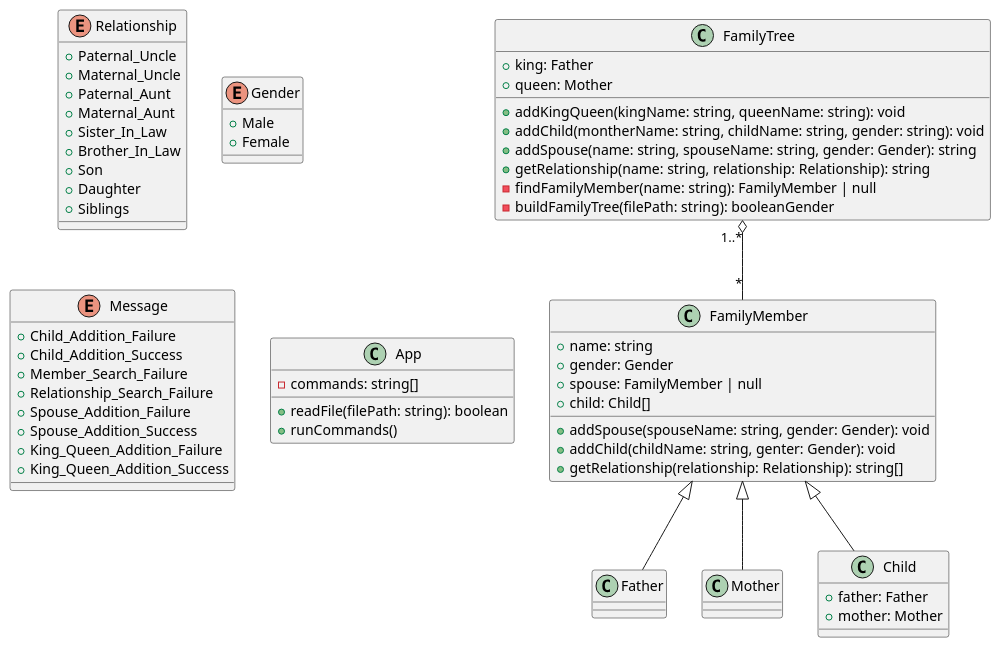
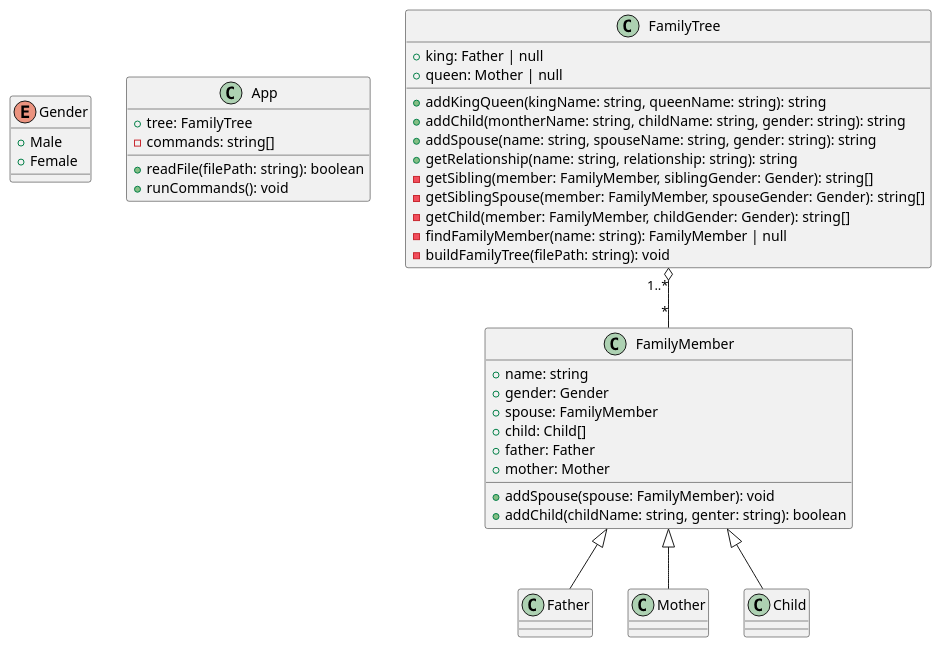
The diagram in uml/class-diagram.puml (evaou/family-tree), drawn with PlantUML before and after one commit. The commit also changed 1 other file, not shown here.

Commit message:
update uml

```diff
--- a/uml/class-diagram.puml
+++ b/uml/class-diagram.puml
@@ -1,75 +1,55 @@
 @startuml class diagram
-
-enum Relationship {
-    +Paternal_Uncle
-    +Maternal_Uncle
-    +Paternal_Aunt
-    +Maternal_Aunt
-    +Sister_In_Law
-    +Brother_In_Law
-    +Son
-    +Daughter
-    +Siblings
-}
 
 enum Gender {
     +Male
     +Female
 }
 
-enum Message {
-    +Child_Addition_Failure
-    +Child_Addition_Success
-    +Member_Search_Failure
-    +Relationship_Search_Failure
-    +Spouse_Addition_Failure
-    +Spouse_Addition_Success
-    +King_Queen_Addition_Failure
-    +King_Queen_Addition_Success
-}
-
 class App {
+    +tree: FamilyTree
     -commands: string[]
     +readFile(filePath: string): boolean
-    +runCommands()
+    +runCommands(): void
 }
 
 class FamilyTree {
-    +king: Father
-    +queen: Mother
-    +addKingQueen(kingName: string, queenName: string): void
-    +addChild(montherName: string, childName: string, gender: string): void
-    +addSpouse(name: string, spouseName: string, gender: Gender): string
-    +getRelationship(name: string, relationship: Relationship): string
+    +king: Father | null
+    +queen: Mother | null
+    +addKingQueen(kingName: string, queenName: string): string 
+    +addChild(montherName: string, childName: string, gender: string): string
+    +addSpouse(name: string, spouseName: string, gender: string): string
+    +getRelationship(name: string, relationship: string): string
+    -getSibling(member: FamilyMember, siblingGender: Gender): string[]
+    -getSiblingSpouse(member: FamilyMember, spouseGender: Gender): string[]
+    -getChild(member: FamilyMember, childGender: Gender): string[]
     -findFamilyMember(name: string): FamilyMember | null
-    -buildFamilyTree(filePath: string): booleanGender
+    -buildFamilyTree(filePath: string): void 
 }
 
 class FamilyMember {
     +name: string
     +gender: Gender
-    +spouse: FamilyMember | null
+    +spouse: FamilyMember
     +child: Child[]
-    +addSpouse(spouseName: string, gender: Gender): void
-    +addChild(childName: string, genter: Gender): void
-    +getRelationship(relationship: Relationship): string[]
+    +father: Father
+    +mother: Mother
+    +addSpouse(spouse: FamilyMember): void
+    +addChild(childName: string, genter: string): boolean
 }
 
 class Father {
 }
 
 class Mother {
 }
 
 class Child {
-    +father: Father
-    +mother: Mother
 }
 
 FamilyTree "1..*" o-- "*" FamilyMember
 
 FamilyMember <|-- Father
 FamilyMember <|--  Mother
 FamilyMember <|--  Child
 
 @enduml
```
